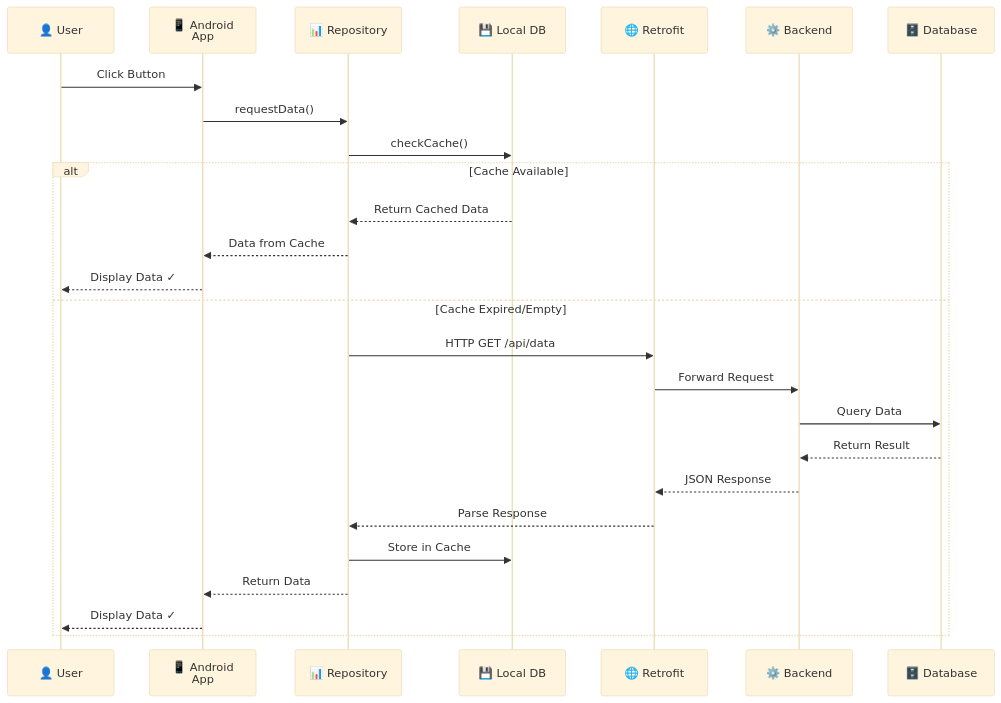
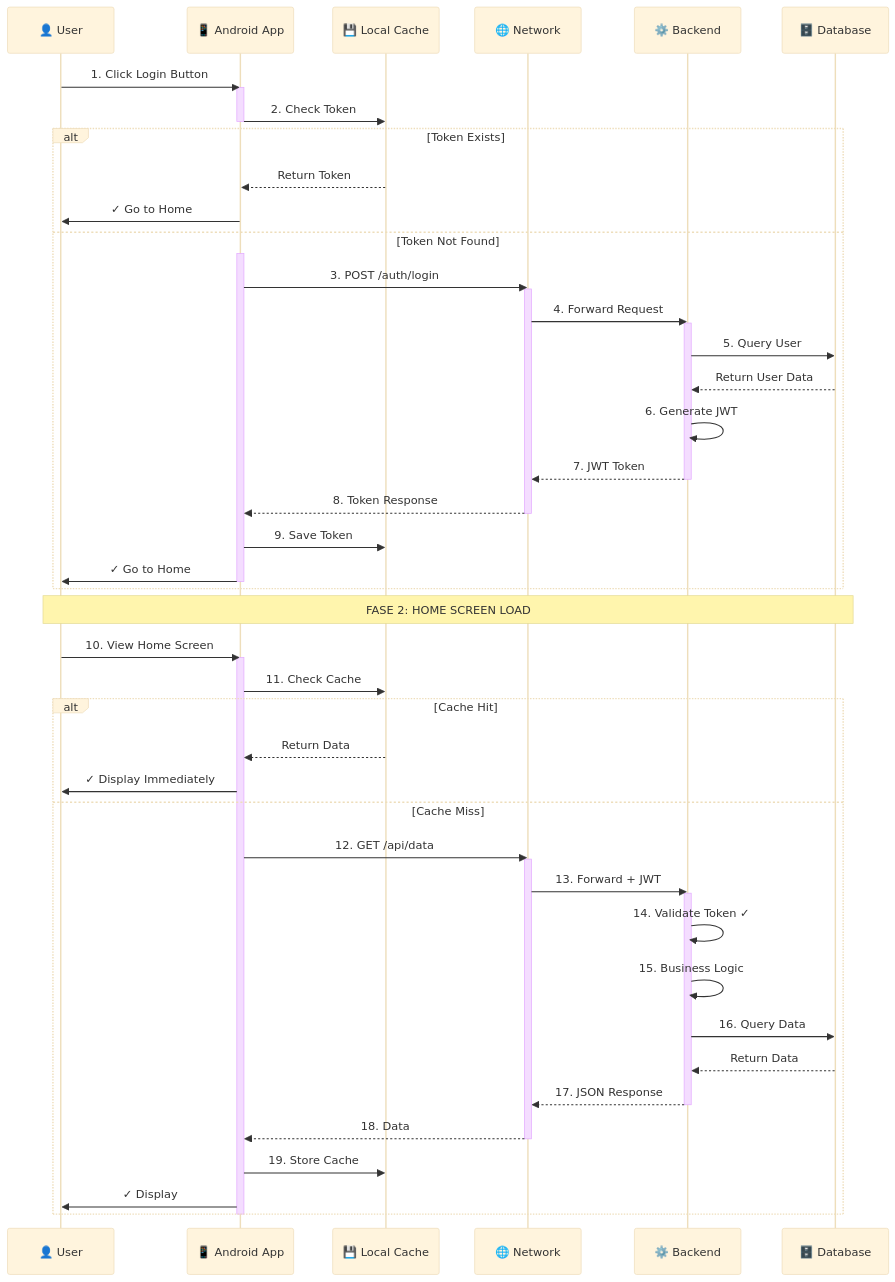
One commit to FormulaV/PrintBot_Studio changed the second of 2 diagrams in ARCHITECTURE_DIAGRAM.md. Above: the diagram before and after it, drawn with Mermaid (base theme). The commit also changed other lines of this file, not shown here.

Commit message:
Replace with single comprehensive end-to-end system architecture diagram

````diff
--- a/ARCHITECTURE_DIAGRAM.md
+++ b/ARCHITECTURE_DIAGRAM.md
@@ -198,30 +233,62 @@
 ```mermaid
 sequenceDiagram
     participant User as 👤 User
-    participant App as 📱 Android<br/>App
-    participant Repository as 📊 Repository
-    participant LocalDB as 💾 Local DB
-    participant Retrofit as 🌐 Retrofit
+    participant Android as 📱 Android App
+    participant Cache as 💾 Local Cache
+    participant Network as 🌐 Network
     participant Backend as ⚙️ Backend
-    participant MainDB as 🗄️ Database
+    participant DB as 🗄️ Database
     
-    User->>App: Click Button
-    App->>Repository: requestData()
-    Repository->>LocalDB: checkCache()
+    User->>Android: 1. Click Login Button
+    activate Android
+    Android->>Cache: 2. Check Token
+    deactivate Android
     
-    alt Cache Available
-        LocalDB-->>Repository: Return Cached Data
-        Repository-->>App: Data from Cache
-        App-->>User: Display Data ✓
-    else Cache Expired/Empty
-        Repository->>Retrofit: HTTP GET /api/data
-        Retrofit->>Backend: Forward Request
-        Backend->>MainDB: Query Data
-        MainDB-->>Backend: Return Result
-        Backend-->>Retrofit: JSON Response
-        Retrofit-->>Repository: Parse Response
-        Repository->>LocalDB: Store in Cache
-        Repository-->>App: Return Data
-        App-->>User: Display Data ✓
+    alt Token Exists
+        Cache-->>Android: Return Token
+        Android->>User: ✓ Go to Home
+    else Token Not Found
+        activate Android
+        Android->>Network: 3. POST /auth/login
+        activate Network
+        Network->>Backend: 4. Forward Request
+        activate Backend
+        Backend->>DB: 5. Query User
+        DB-->>Backend: Return User Data
+        Backend->>Backend: 6. Generate JWT
+        Backend-->>Network: 7. JWT Token
+        deactivate Backend
+        Network-->>Android: 8. Token Response
+        deactivate Network
+        Android->>Cache: 9. Save Token
+        Android->>User: ✓ Go to Home
+        deactivate Android
     end
+    
+    Note over User,DB: FASE 2: HOME SCREEN LOAD
+    
+    User->>Android: 10. View Home Screen
+    activate Android
+    Android->>Cache: 11. Check Cache
+    
+    alt Cache Hit
+        Cache-->>Android: Return Data
+        Android->>User: ✓ Display Immediately
+    else Cache Miss
+        Android->>Network: 12. GET /api/data
+        activate Network
+        Network->>Backend: 13. Forward + JWT
+        activate Backend
+        Backend->>Backend: 14. Validate Token ✓
+        Backend->>Backend: 15. Business Logic
+        Backend->>DB: 16. Query Data
+        DB-->>Backend: Return Data
+        Backend-->>Network: 17. JSON Response
+        deactivate Backend
+        Network-->>Android: 18. Data
+        deactivate Network
+        Android->>Cache: 19. Store Cache
+        Android->>User: ✓ Display
+    end
+    deactivate Android
 ```
````
